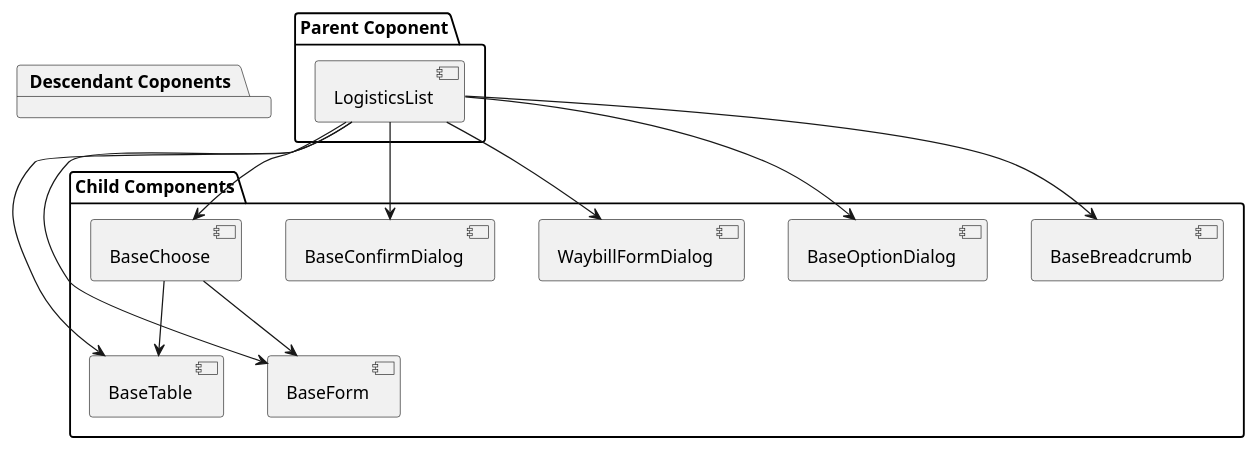
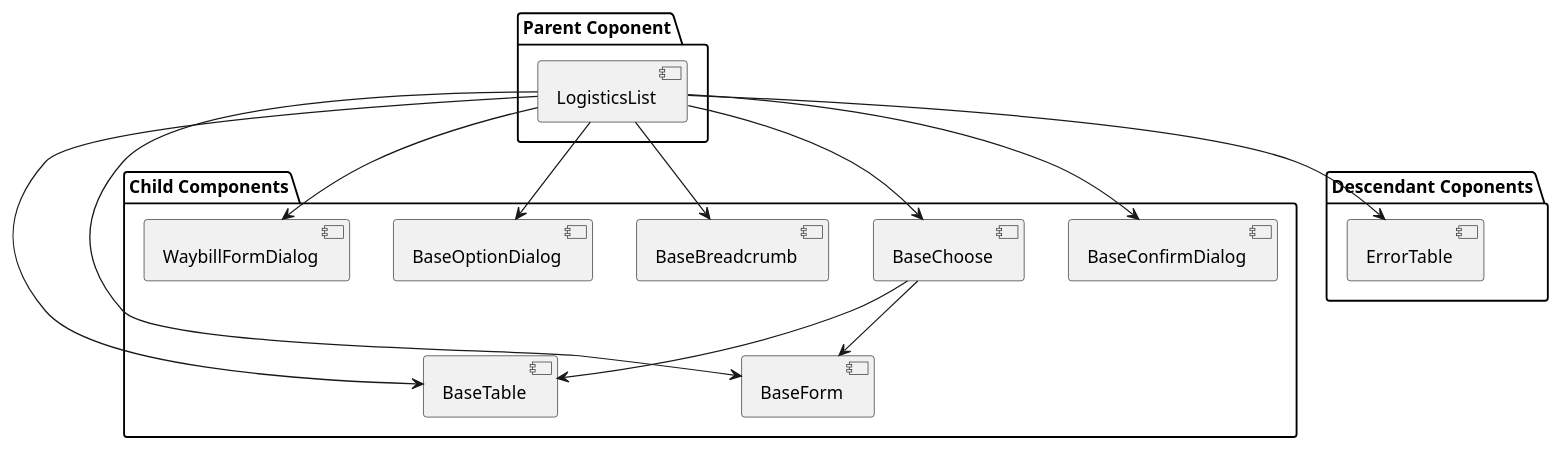
The diagram in docs/component-design/logistics-list.puml (futurekidult/lis), drawn with PlantUML before and after one commit. The commit also changed 5 other files, not shown here.

```diff
--- a/docs/component-design/logistics-list.puml
+++ b/docs/component-design/logistics-list.puml
@@ -1,32 +1,34 @@
 @startuml
 
 package "Parent Coponent" {
   [LogisticsList]
 }
 
 package "Child Components" {
   [BaseTable]
   [BaseForm]
   [BaseChoose]
   [BaseBreadcrumb]
   [BaseOptionDialog]
   [WaybillFormDialog]
   [BaseConfirmDialog]
 }
 
 package "Descendant Coponents" {
   [BaseForm]
   [BaseTable]
+  [ErrorTable]
 }
 
 [LogisticsList]             -->       [BaseForm]
 [LogisticsList]             -->       [BaseTable]
+[LogisticsList]             -->       [ErrorTable]
 [LogisticsList]             -->       [BaseChoose]
 [LogisticsList]             -->       [BaseBreadcrumb]
 [LogisticsList]             -->       [BaseOptionDialog]
 [LogisticsList]             -->       [WaybillFormDialog]
 [LogisticsList]             -->       [BaseConfirmDialog]
 [BaseChoose]            -->       [BaseForm]
 [BaseChoose]            -->       [BaseTable]
 
 @enduml
```
